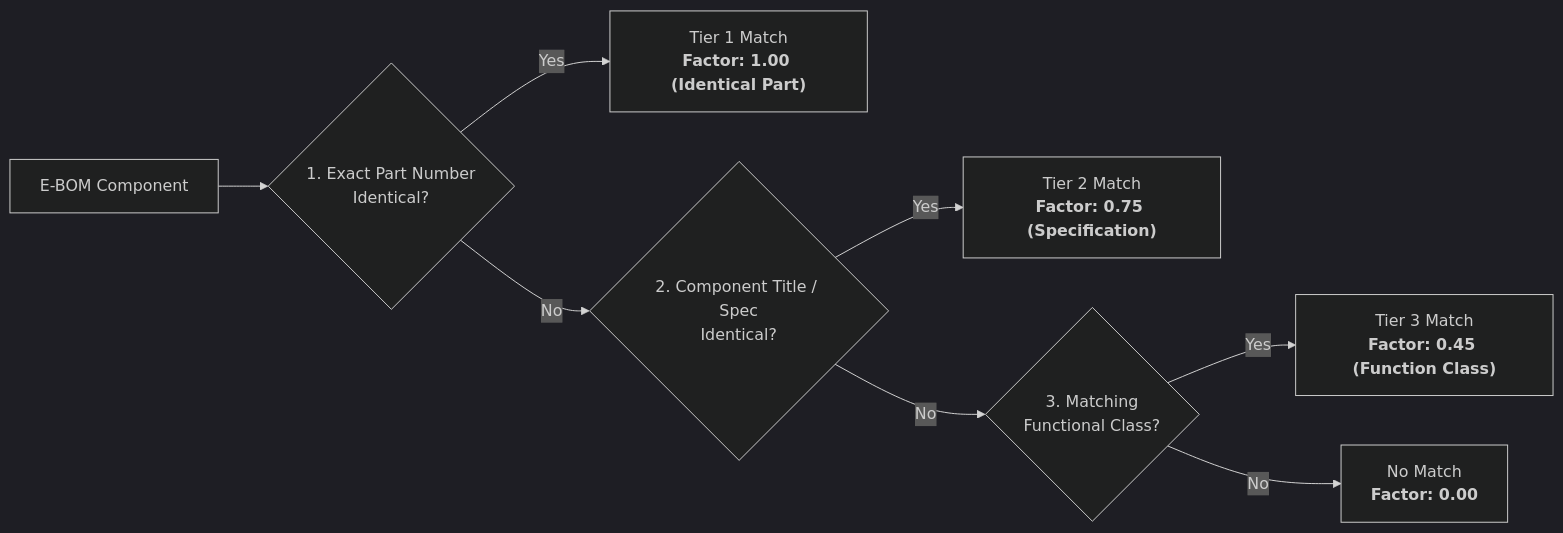
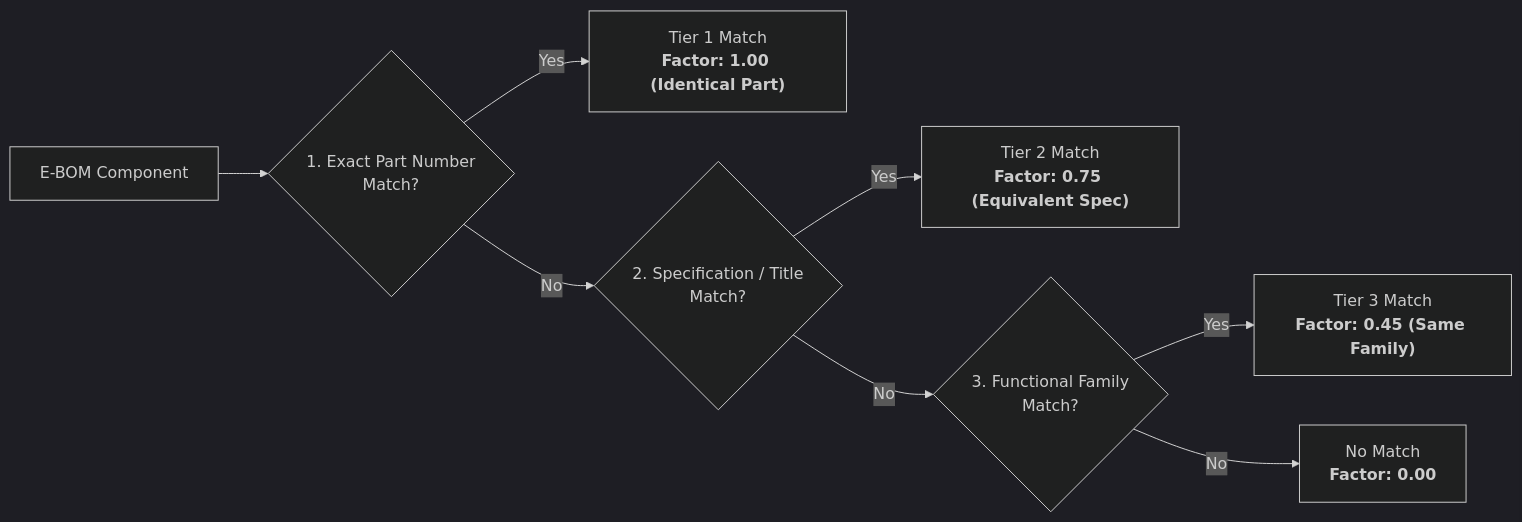
One commit to julius-dev-google/ce-enterprise-blueprint-docs changed the third of 3 diagrams in examples/industry-work-plan-assistant/WORK_PLAN_ASSISTANT_BLUEPRINT.md. Above: the diagram before and after it, drawn with Mermaid (dark theme). The commit also changed other lines of this file and 9 other files, not shown here.

````diff
--- a/examples/industry-work-plan-assistant/WORK_PLAN_ASSISTANT_BLUEPRINT.md
+++ b/examples/industry-work-plan-assistant/WORK_PLAN_ASSISTANT_BLUEPRINT.md
@@ -222,10 +206,10 @@
 ```mermaid
 flowchart LR
-    A["E-BOM Component"] --> B{"1. Exact Part Number<br/>Identical?"}
+    A["E-BOM Component"] --> B{"1. Exact Part Number<br/>Match?"}
     B -- "Yes" --> C["Tier 1 Match<br/><b>Factor: 1.00 (Identical Part)</b>"]
-    B -- "No" --> D{"2. Component Title / Spec<br/>Identical?"}
-    D -- "Yes" --> E["Tier 2 Match<br/><b>Factor: 0.75 (Specification)</b>"]
-    D -- "No" --> F{"3. Matching<br/>Functional Class?"}
-    F -- "Yes" --> G["Tier 3 Match<br/><b>Factor: 0.45 (Function Class)</b>"]
+    B -- "No" --> D{"2. Specification / Title<br/>Match?"}
+    D -- "Yes" --> E["Tier 2 Match<br/><b>Factor: 0.75 (Equivalent Spec)</b>"]
+    D -- "No" --> F{"3. Functional Family<br/>Match?"}
+    F -- "Yes" --> G["Tier 3 Match<br/><b>Factor: 0.45 (Same Family)</b>"]
     F -- "No" --> H["No Match<br/><b>Factor: 0.00</b>"]
 ```
````
